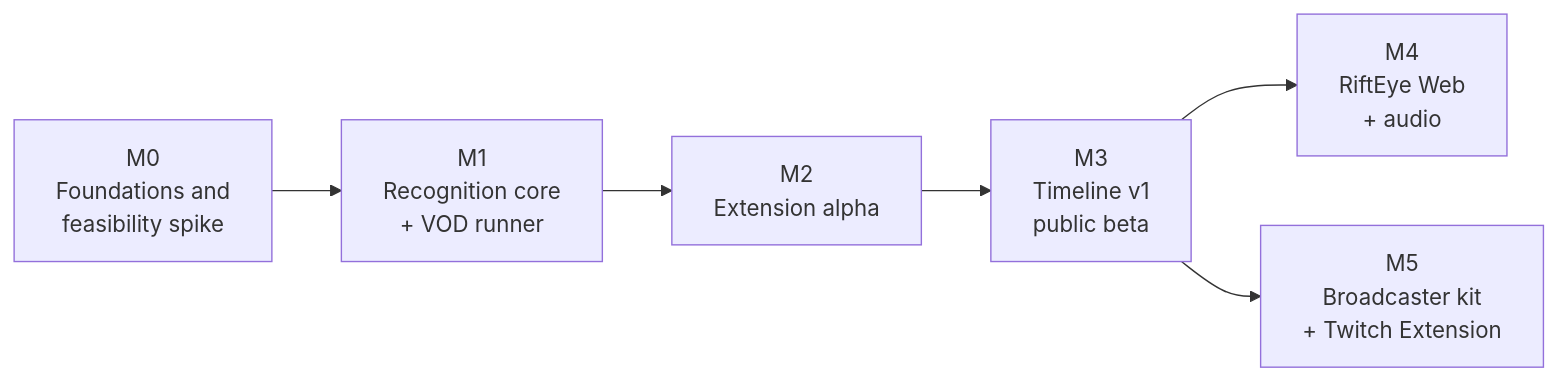
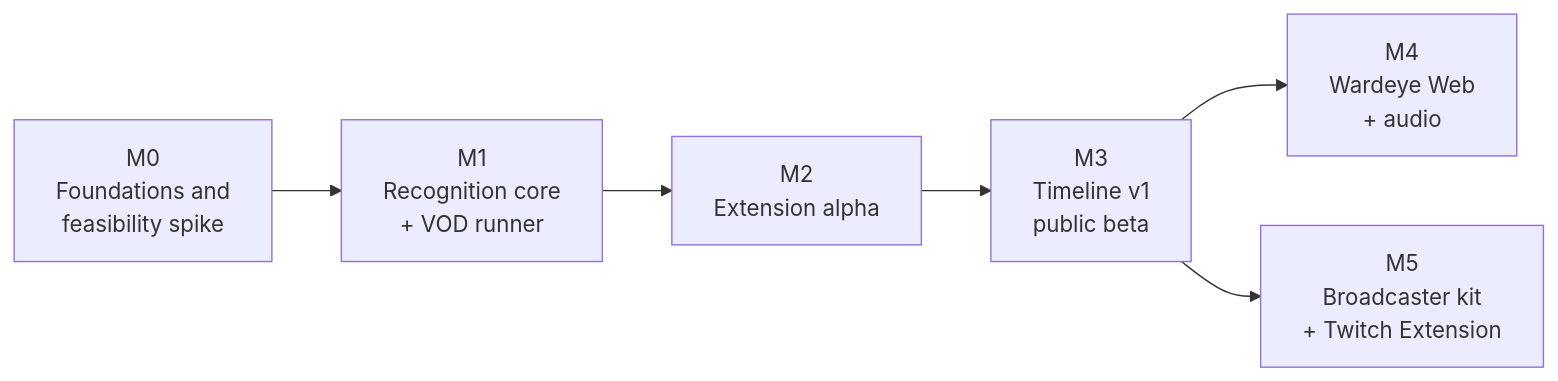
Before and after one commit to effe-exe/Wardeye: the diagram in docs/ROADMAP.md, drawn with Mermaid. The commit also changed other lines of this file and 110 other files, not shown here.

````diff
--- a/docs/ROADMAP.md
+++ b/docs/ROADMAP.md
@@ -5,8 +5,8 @@
 ```mermaid
 flowchart LR
   M0[M0<br/>Foundations and<br/>feasibility spike] --> M1[M1<br/>Recognition core<br/>+ VOD runner]
   M1 --> M2[M2<br/>Extension alpha]
   M2 --> M3[M3<br/>Timeline v1<br/>public beta]
-  M3 --> M4[M4<br/>RiftEye Web<br/>+ audio]
+  M3 --> M4[M4<br/>Wardeye Web<br/>+ audio]
   M3 --> M5[M5<br/>Broadcaster kit<br/>+ Twitch Extension]
 ```
````
